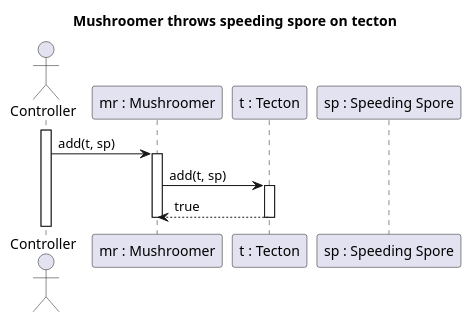
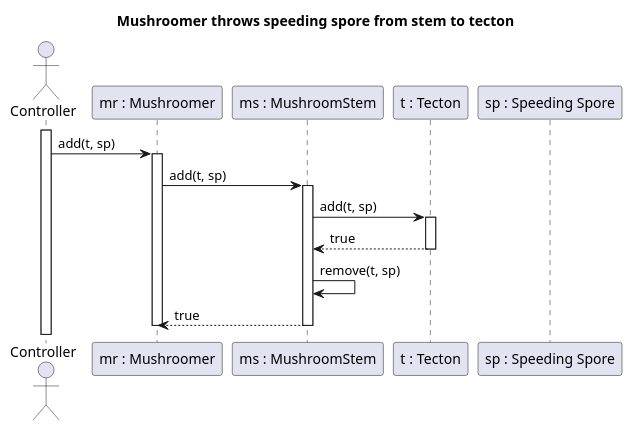
Before and after one commit to Petya-G/fungorium: the diagram in 5/sequences/spore/throwsSpeedingSpore.puml, drawn with PlantUML. The commit also changed 5 other files, not shown here.

Commit message:
spore sequence fix

```diff
--- a/5/sequences/spore/throwsSpeedingSpore.puml
+++ b/5/sequences/spore/throwsSpeedingSpore.puml
@@ -1,20 +1,28 @@
-@startuml Mushroomer throws speeding spore on tecton
-title Mushroomer throws speeding spore on tecton
+@startuml MushroomerThrowsSpeedingSporeFromStemToTecton
+title Mushroomer throws speeding spore from stem to tecton
 
 actor Controller
 participant "mr : Mushroomer" as MR
+participant "ms : MushroomStem" as MS
 participant "t : Tecton" as T
 participant "sp : Speeding Spore" as SP
 
 activate Controller
 Controller -> MR : add(t, sp)
 activate MR
 
-MR -> T : add(t, sp)
+MR -> MS : add(t, sp)
+activate MS
+
+MS -> T : add(t, sp)
 activate T
 
-MR <-- T : true
+MS <-- T : true
 deactivate T
+
+MS -> MS : remove(t, sp)
+MR <-- MS : true
+deactivate MS
 
 deactivate MR
 @enduml
```
